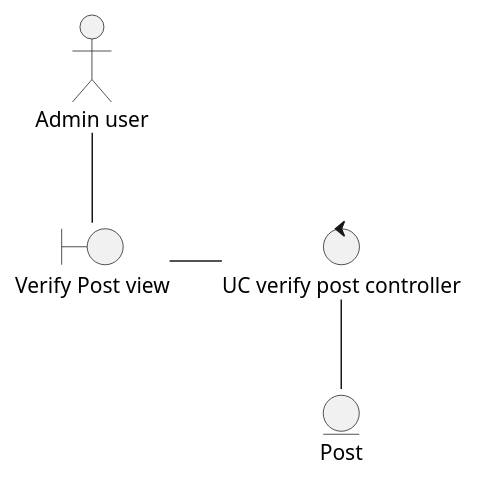
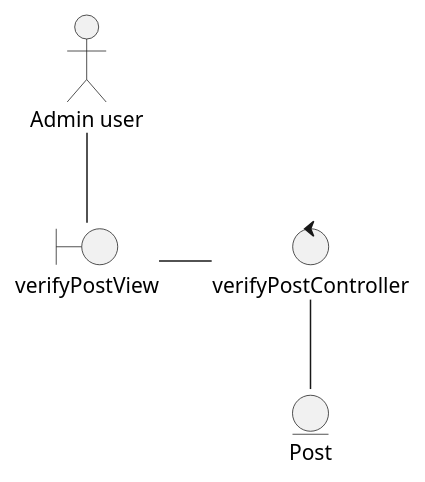
The diagram in docs/scenariosView/analysisClassDiagram/useCase-VerificarPublicaciones.puml (Dayannis-07/ING_SOFT), drawn with PlantUML before and after one commit. The commit also changed 11 other files, not shown here.

Commit message:
corrections collaboration Diagram & classDiagram

```diff
--- a/docs/scenariosView/analysisClassDiagram/useCase-VerificarPublicaciones.puml
+++ b/docs/scenariosView/analysisClassDiagram/useCase-VerificarPublicaciones.puml
@@ -1,9 +1,9 @@
 @startuml verificarPublicaciones
 actor "Admin user" as Act
-boundary "Verify Post view" as view
+boundary "verifyPostView" as view
 Act--view
-control "UC verify post controller" as controller
+control "verifyPostController" as controller
 view-r-controller
 entity Post as entity
 controller--entity
 @enduml
```
